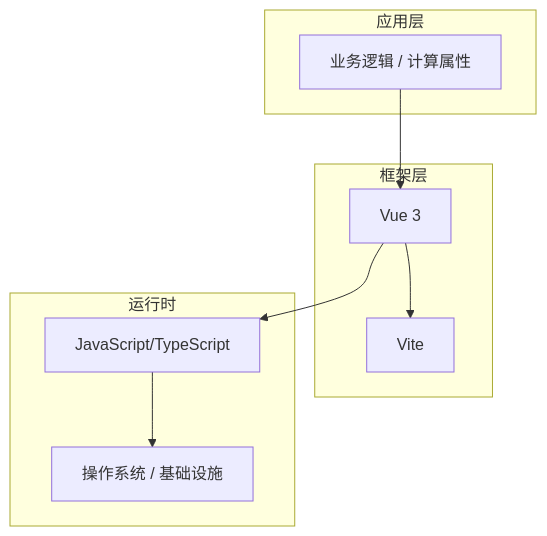
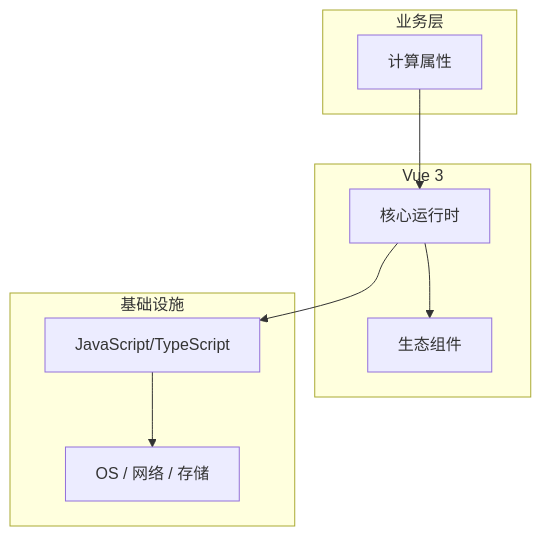
Before and after one commit to yanggan2015/knowledge-json-v2: the diagram in articles/Vue/chapters/015-计算属性核心概念与原理.md, drawn with Mermaid. The commit also changed other lines of this file and 10127 other files, not shown here.

````diff
--- a/articles/Vue/chapters/015-计算属性核心概念与原理.md
+++ b/articles/Vue/chapters/015-计算属性核心概念与原理.md
@@ -45,18 +34,18 @@
 ```mermaid
 graph TB
-    subgraph 应用层
-        A[业务逻辑 / 计算属性]
+    subgraph 业务层
+        A[计算属性]
     end
-    subgraph 框架层
-        B[Vue 3]
-        C[Vite]
+    subgraph Vue 3
+        B[核心运行时]
+        C[生态组件]
     end
-    subgraph 运行时
+    subgraph 基础设施
         D[JavaScript/TypeScript]
-        E[操作系统 / 基础设施]
+        E[OS / 网络 / 存储]
     end
     A --> B
     B --> C
     B --> D
     D --> E
 ```
````
